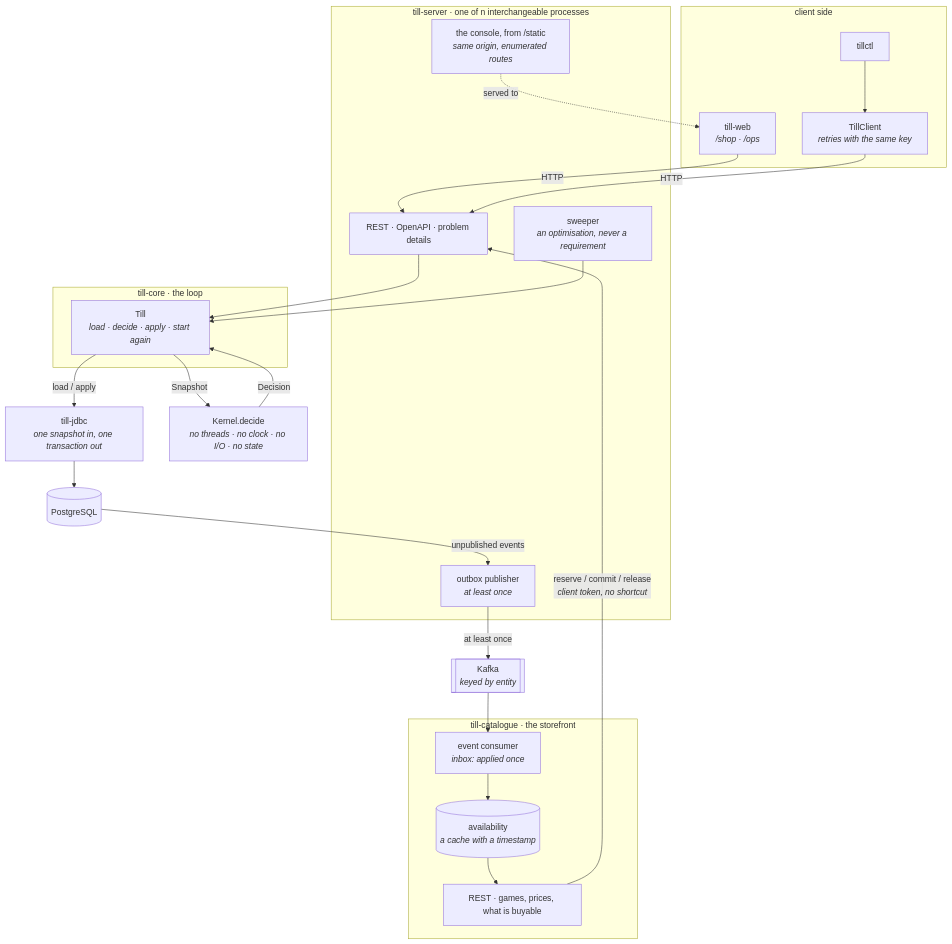
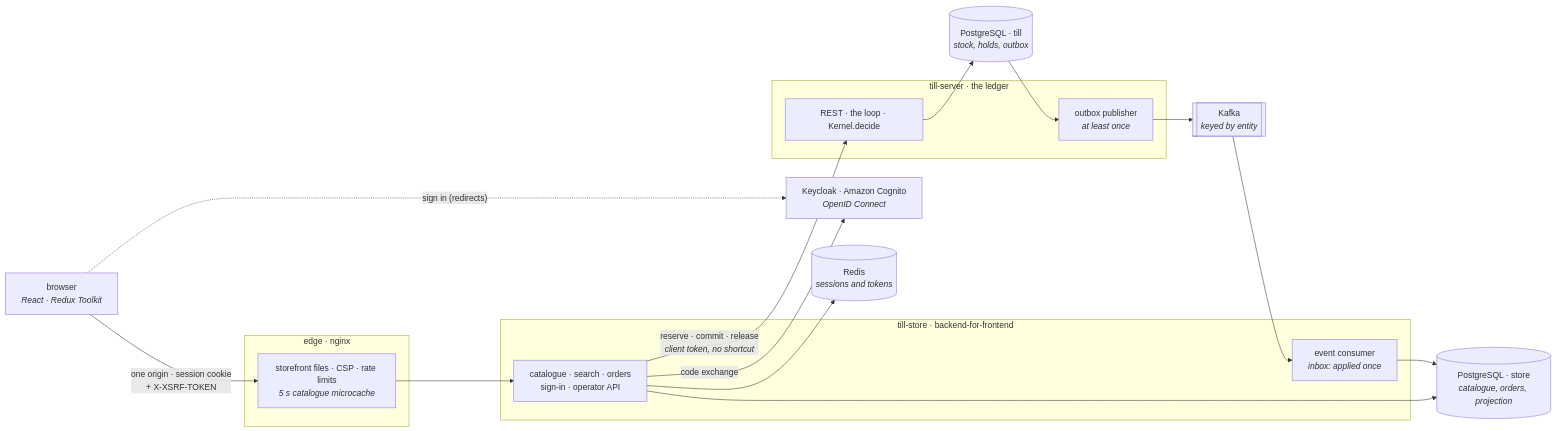
The first of 3 diagrams in README.md (jason-te-sde/till), drawn with Mermaid before and after one commit. The commit also changed other lines of this file and 237 other files, not shown here.

First line of the commit message:
The store: a storefront, sign-in, orders, and an edge in front of the ledger (#20)

````diff
--- a/README.md
+++ b/README.md
@@ -175,47 +231,38 @@
 ```mermaid
-flowchart TB
-    subgraph client["client side"]
-        WEB["till-web<br/><i>/shop · /ops</i>"]
-        CTL["tillctl"]
-        API["TillClient<br/><i>retries with the same key</i>"]
+flowchart LR
+    B["browser<br/><i>React · Redux Toolkit</i>"]
+    IDP["Keycloak · Amazon Cognito<br/><i>OpenID Connect</i>"]
+
+    subgraph edge["edge · nginx"]
+        E["storefront files · CSP · rate limits<br/><i>5 s catalogue microcache</i>"]
     end
 
-    subgraph server["till-server · one of n interchangeable processes"]
-        REST["REST · OpenAPI · problem details"]
-        STATIC["the console, from /static<br/><i>same origin, enumerated routes</i>"]
-        SWEEP["sweeper<br/><i>an optimisation, never a requirement</i>"]
-        PUB["outbox publisher<br/><i>at least once</i>"]
+    subgraph store["till-store · backend-for-frontend"]
+        S["catalogue · search · orders<br/>sign-in · operator API"]
+        C["event consumer<br/><i>inbox: applied once</i>"]
     end
 
-    subgraph loop["till-core · the loop"]
-        TILL["Till<br/><i>load · decide · apply · start again</i>"]
+    R[("Redis<br/><i>sessions and tokens</i>")]
+    SDB[("PostgreSQL · store<br/><i>catalogue, orders, projection</i>")]
+
+    subgraph ledger["till-server · the ledger"]
+        L["REST · the loop · Kernel.decide"]
+        P["outbox publisher<br/><i>at least once</i>"]
     end
 
-    KERNEL["Kernel.decide<br/><i>no threads · no clock · no I/O · no state</i>"]
-    LEDGER["till-jdbc<br/><i>one snapshot in, one transaction out</i>"]
-    PG[("PostgreSQL")]
+    LDB[("PostgreSQL · till<br/><i>stock, holds, outbox</i>")]
+    K[["Kafka<br/><i>keyed by entity</i>"]]
 
-    CTL --> API
-    WEB -- "HTTP" --> REST
-    STATIC -. "served to" .-> WEB
-    API -- "HTTP" --> REST
-    REST --> TILL
-    SWEEP --> TILL
-    TILL -- "Snapshot" --> KERNEL
-    KERNEL -- "Decision" --> TILL
-    TILL -- "load / apply" --> LEDGER
-    LEDGER --> PG
-    PG -- "unpublished events" --> PUB
-    PUB -- "at least once" --> KAFKA[["Kafka<br/><i>keyed by entity</i>"]]
-    KAFKA --> CONSUMER
-
-    subgraph store["till-catalogue · the storefront"]
-        CONSUMER["event consumer<br/><i>inbox: applied once</i>"]
-        PROJ[("availability<br/><i>a cache with a timestamp</i>")]
-        SHOP["REST · games, prices, what is buyable"]
-    end
-
-    CONSUMER --> PROJ
-    PROJ --> SHOP
-    SHOP -- "reserve / commit / release<br/><i>client token, no shortcut</i>" --> REST
+    B -- "one origin · session cookie<br/>+ X-XSRF-TOKEN" --> E
+    B -. "sign in (redirects)" .-> IDP
+    E --> S
+    S -- "code exchange" --> IDP
+    S --> R
+    S --> SDB
+    S -- "reserve · commit · release<br/><i>client token, no shortcut</i>" --> L
+    L --> LDB
+    LDB --> P
+    P --> K
+    K --> C
+    C --> SDB
 ```
````
